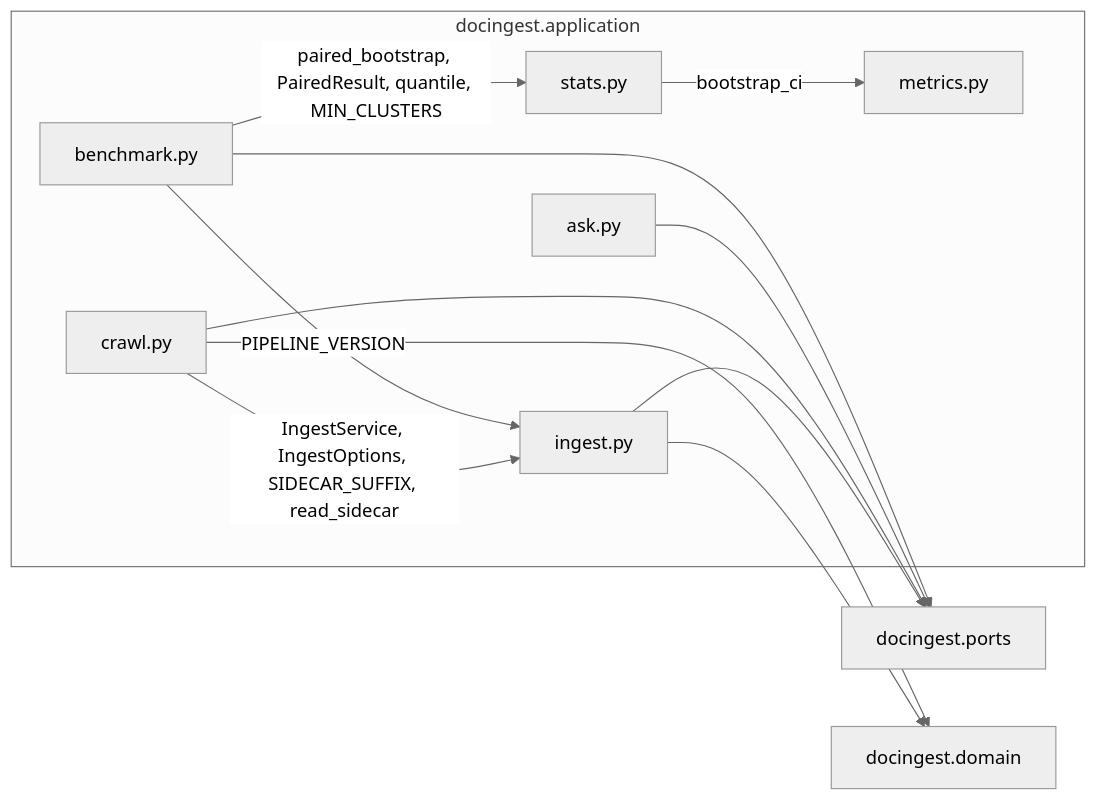
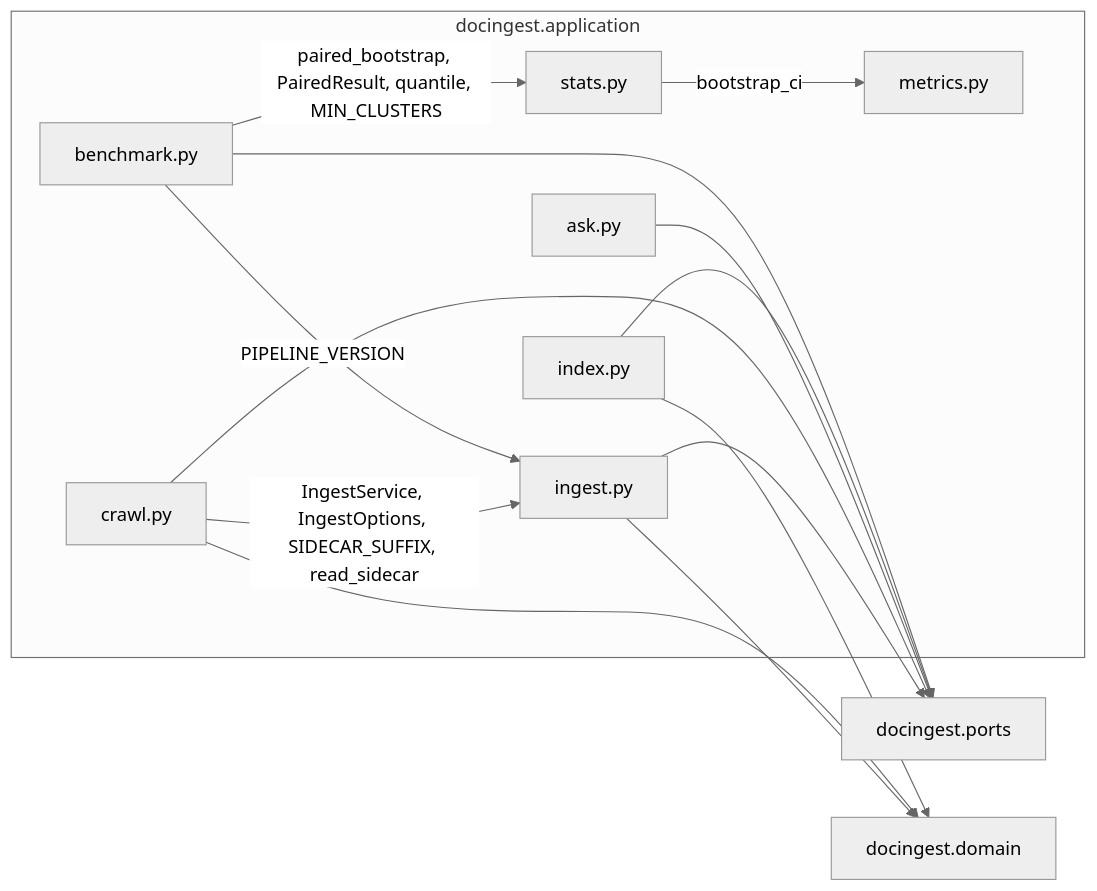
The first of 14 diagrams in packages/docingest/src/docingest/application/README.md (etxsA/doc-ingest), drawn with Mermaid (neutral theme) before and after one commit. The commit also changed other lines of this file and 4 other files, not shown here.

````diff
--- a/packages/docingest/src/docingest/application/README.md
+++ b/packages/docingest/src/docingest/application/README.md
@@ -45,23 +47,26 @@
 ```mermaid
 flowchart LR
     subgraph app["docingest.application"]
         ING["ingest.py"]
         CRAWL["crawl.py"]
         ASK["ask.py"]
+        IDX["index.py"]
         BENCH["benchmark.py"]
         MET["metrics.py"]
         STATS["stats.py"]
     end
     PORTS["docingest.ports"]
     DOM["docingest.domain"]
     CRAWL -->|"IngestService, IngestOptions, SIDECAR_SUFFIX, read_sidecar"| ING
     BENCH -->|"PIPELINE_VERSION"| ING
     BENCH -->|"paired_bootstrap, PairedResult, quantile, MIN_CLUSTERS"| STATS
     STATS -->|"bootstrap_ci"| MET
     ING --> PORTS
     ING --> DOM
     CRAWL --> PORTS
     CRAWL --> DOM
     ASK --> PORTS
+    IDX --> PORTS
+    IDX --> DOM
     BENCH --> PORTS
 ```
````
